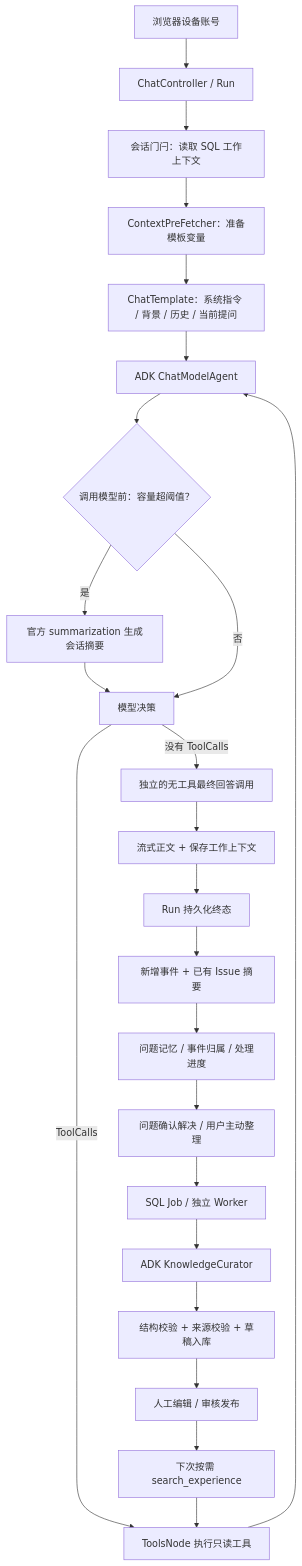
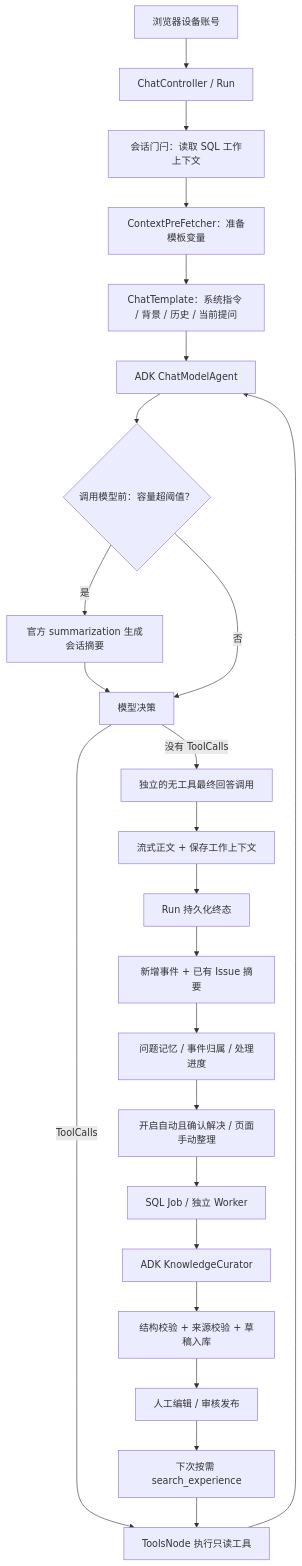
The diagram in docs/ADK_EXPERIENCE_GUIDE.md (www0527-ux/pilot-v2), drawn with Mermaid before and after one commit. The commit also changed other lines of this file and 9 other files, not shown here.

````diff
--- a/docs/ADK_EXPERIENCE_GUIDE.md
+++ b/docs/ADK_EXPERIENCE_GUIDE.md
@@ -7,26 +7,26 @@
 ```mermaid
 flowchart TD
     Browser[浏览器设备账号] --> Controller[ChatController / Run]
     Controller --> Load[会话门闩：读取 SQL 工作上下文]
     Load --> Prepare[ContextPreFetcher：准备模板变量]
     Prepare --> Template[ChatTemplate：系统指令 / 背景 / 历史 / 当前提问]
     Template --> ADK[ADK ChatModelAgent]
     ADK --> Budget{调用模型前：容量超阈值？}
     Budget -->|是| Summary[官方 summarization 生成会话摘要]
     Summary --> Model[模型决策]
     Budget -->|否| Model
     Model -->|ToolCalls| Tools[ToolsNode 执行只读工具]
     Tools --> ADK
     Model -->|没有 ToolCalls| Final[独立的无工具最终回答调用]
     Final --> SSE[流式正文 + 保存工作上下文]
     SSE --> End[Run 持久化终态]
     End --> Tracker[新增事件 + 已有 Issue 摘要]
     Tracker --> Memory[问题记忆 / 事件归属 / 处理进度]
-    Memory --> Trigger[问题确认解决 / 用户主动整理]
+    Memory --> Trigger[开启自动且确认解决 / 页面手动整理]
     Trigger --> Job[SQL Job / 独立 Worker]
     Job --> Curator[ADK KnowledgeCurator]
     Curator --> Draft[结构校验 + 来源校验 + 草稿入库]
     Draft --> Review[人工编辑 / 审核发布]
     Review --> Search[下次按需 search_experience]
     Search --> Tools
 ```
````
